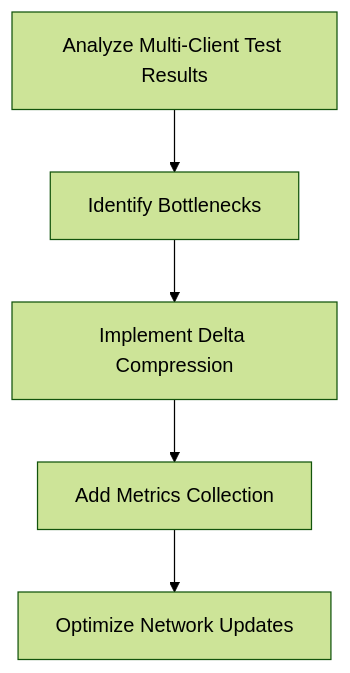
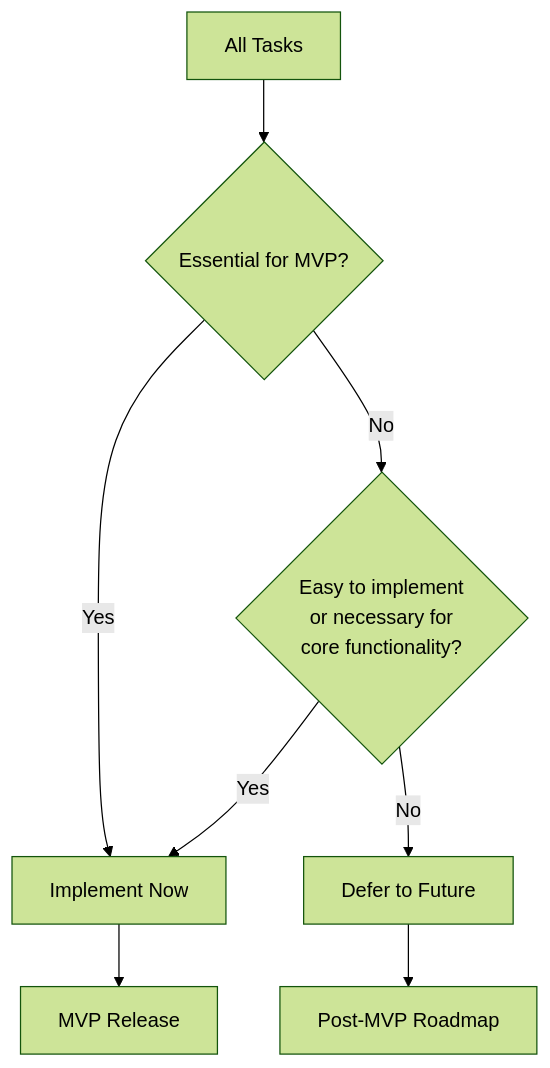
Before and after one commit to RimoVR/Planetbyte: the diagram in memory-bank/activeContext.md, drawn with Mermaid (forest theme). The commit also changed other lines of this file and 20 other files, not shown here.

````diff
--- a/memory-bank/activeContext.md
+++ b/memory-bank/activeContext.md
@@ -10,7 +34,11 @@
 ```mermaid
 flowchart TD
-    A[Analyze Multi-Client Test Results] --> B[Identify Bottlenecks]
-    B --> C[Implement Delta Compression]
-    C --> D[Add Metrics Collection]
-    D --> E[Optimize Network Updates]
+    A[All Tasks] --> B{Essential for MVP?}
+    B -->|Yes| C[Implement Now]
+    B -->|No| D{Easy to implement\nor necessary for\ncore functionality?}
+    D -->|Yes| C
+    D -->|No| E[Defer to Future]
+    
+    C --> F[MVP Release]
+    E --> G[Post-MVP Roadmap]
 ```
````
